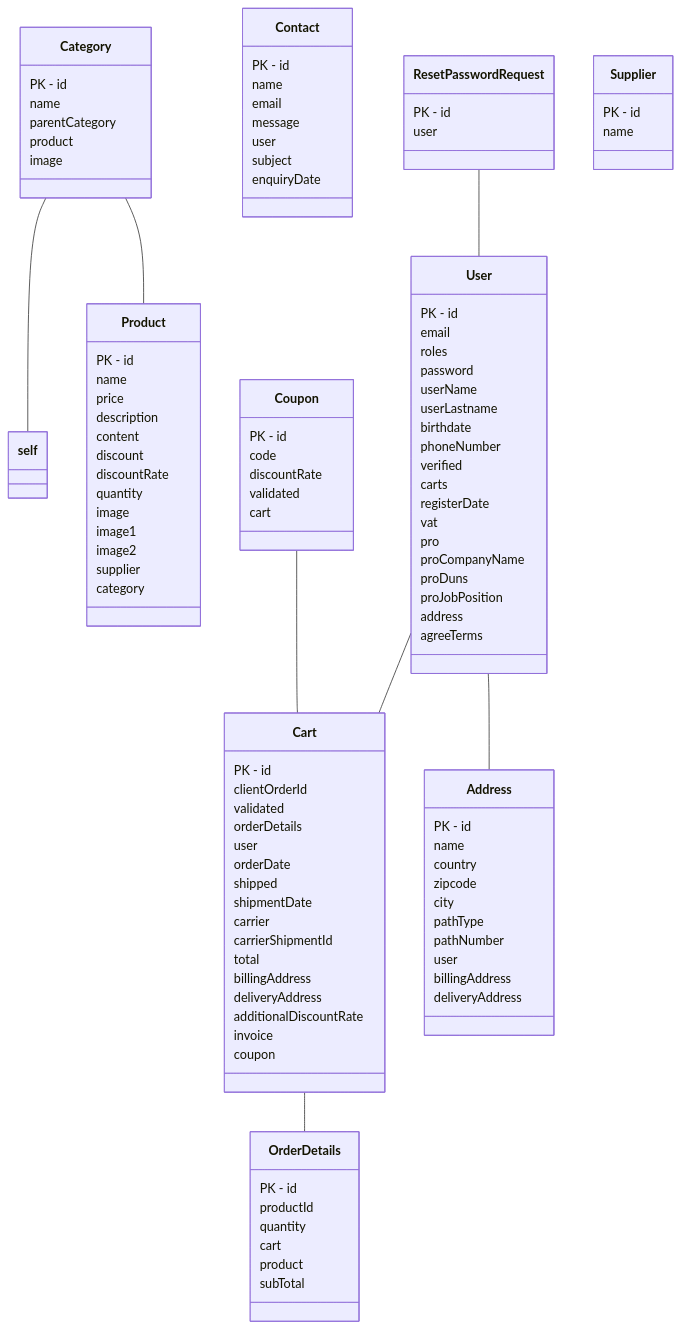
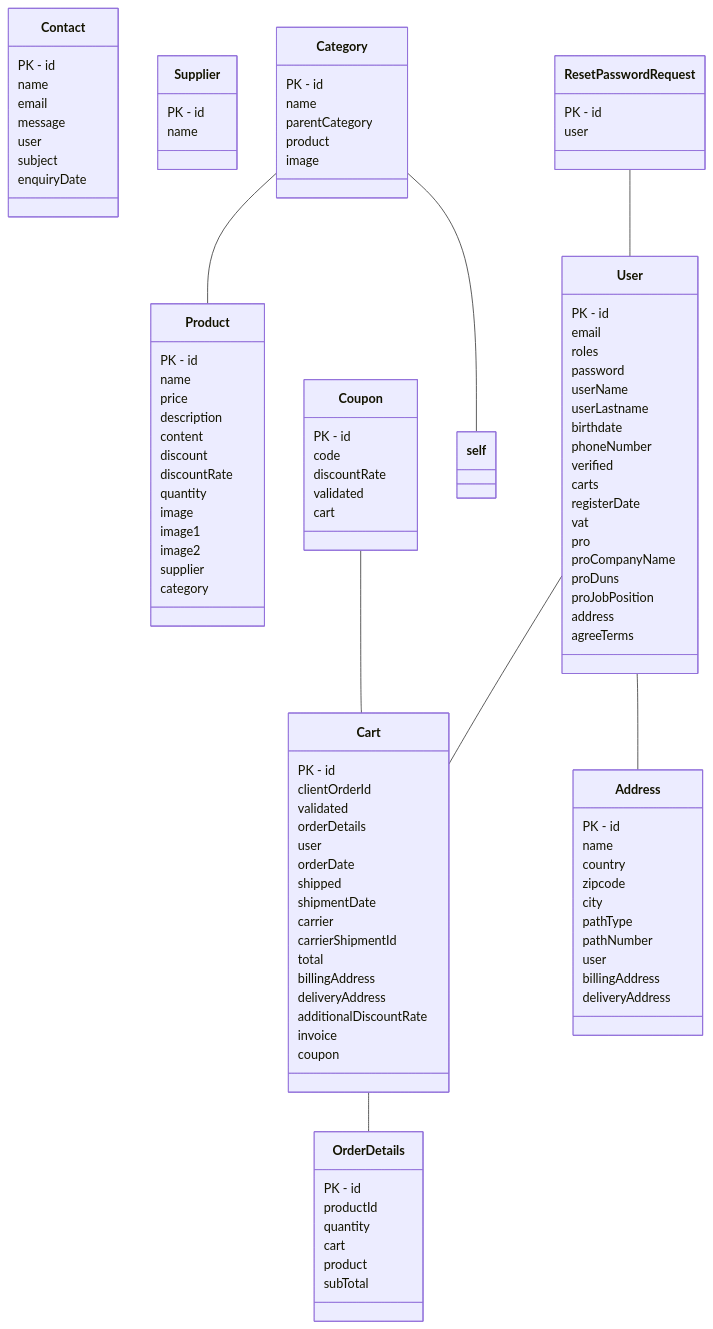
One commit to AlexisDonato/MUSE-Fil_Rouge changed the diagram in MUSE/UML.md. Above: the diagram before and after it, drawn with Mermaid. The commit also changed other lines of this file and 4 other files, not shown here.

Commit message:
:fire: read: category on product entity

````diff
--- a/MUSE/UML.md
+++ b/MUSE/UML.md
@@ -1,18 +1,5 @@
 ```mermaid
 classDiagram
-
-class Address{
-PK - id
-name
-country
-zipcode
-city
-pathType
-pathNumber
-user
-billingAddress
-deliveryAddress
-}
 
 class Cart{
 PK - id
@@ -34,16 +21,35 @@
 }
 
 Cart -- OrderDetails
-class Category{
+class Address{
 PK - id
 name
-parentCategory
-product
-image
+country
+zipcode
+city
+pathType
+pathNumber
+user
+billingAddress
+deliveryAddress
 }
 
-Category -- self
-Category -- Product
+class Product{
+PK - id
+name
+price
+description
+content
+discount
+discountRate
+quantity
+image
+image1
+image2
+supplier
+category
+}
+
 class Contact{
 PK - id
 name
@@ -63,6 +69,11 @@
 }
 
 Coupon -- Cart
+class Supplier{
+PK - id
+name
+}
+
 class OrderDetails{
 PK - id
 productId
@@ -72,33 +83,16 @@
 subTotal
 }
 
-class Product{
+class Category{
 PK - id
 name
-price
-description
-content
-discount
-discountRate
-quantity
+parentCategory
+product
 image
-image1
-image2
-supplier
-category
 }
 
-class ResetPasswordRequest{
-PK - id
-user
-}
-
-ResetPasswordRequest -- User
-class Supplier{
-PK - id
-name
-}
-
+Category -- self
+Category -- Product
 class User{
 PK - id
 email
@@ -122,5 +116,11 @@
 
 User -- Cart
 User -- Address
+class ResetPasswordRequest{
+PK - id
+user
+}
+
+ResetPasswordRequest -- User
 
 ```
````
